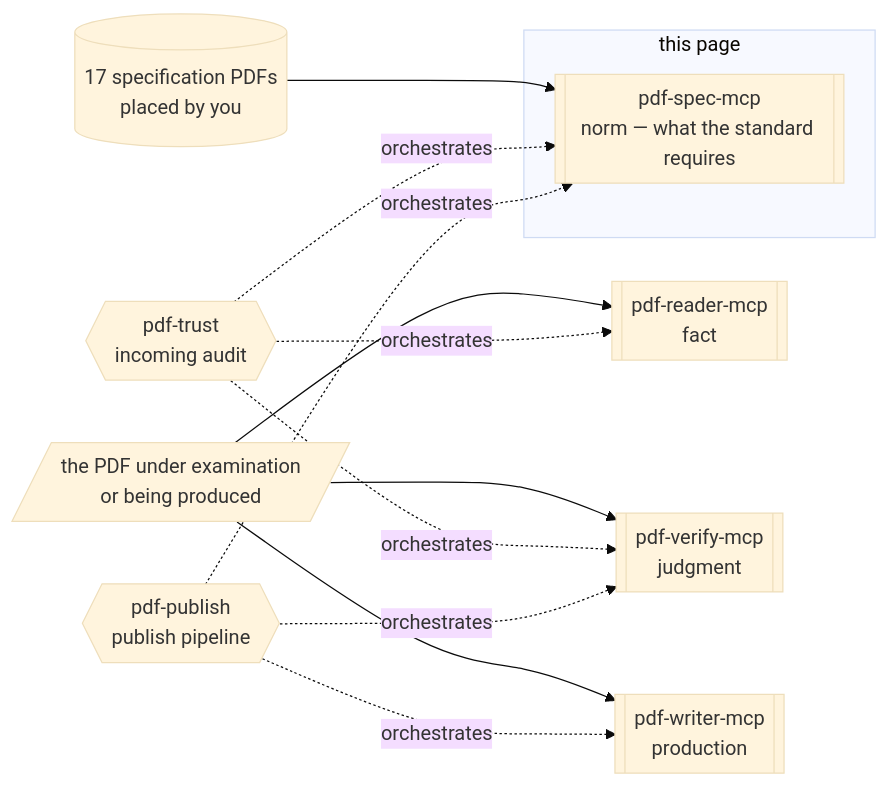
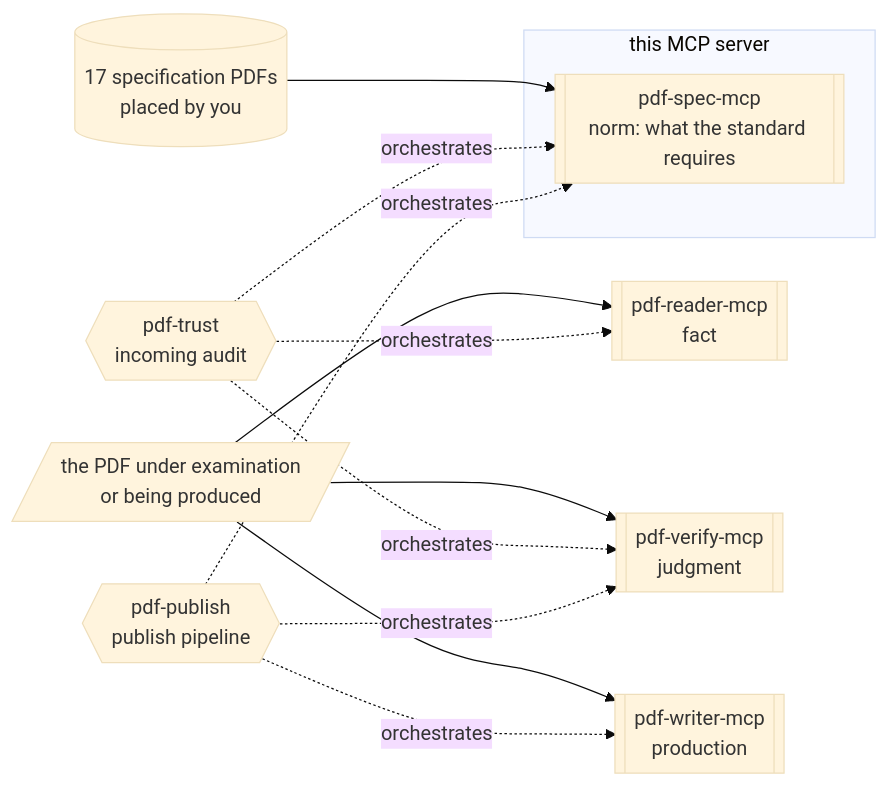
One commit to shuji-bonji/pdf-agent-stack changed the diagram in site/docs/mcp/pdf-spec.md. Above: the diagram before and after it, drawn with Mermaid (base theme). The commit also changed other lines of this file and 7 other files, not shown here.

````diff
--- a/site/docs/mcp/pdf-spec.md
+++ b/site/docs/mcp/pdf-spec.md
@@ -24,16 +29,16 @@
 ```mermaid
 graph LR
   CORPUS[("17 specification PDFs<br>placed by you")] --> SPEC
   TARGET[/"the PDF under examination<br>or being produced"/] --> READER & VERIFY & WRITER
 
-  subgraph SELF["this page"]
-    SPEC[["pdf-spec-mcp<br>norm — what the standard requires"]]
+  subgraph SELF["this MCP server"]
+    SPEC[["pdf-spec-mcp<br>norm: what the standard requires"]]
   end
 
   READER[["pdf-reader-mcp<br>fact"]]
   VERIFY[["pdf-verify-mcp<br>judgment"]]
   WRITER[["pdf-writer-mcp<br>production"]]
 
   TRUST{{"pdf-trust<br>incoming audit"}} -.->|orchestrates| SPEC & VERIFY & READER
   PUBLISH{{"pdf-publish<br>publish pipeline"}} -.->|orchestrates| SPEC & VERIFY & WRITER
 ```
````
